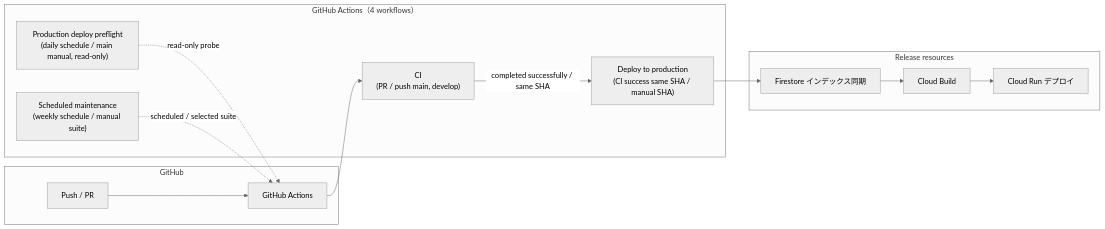
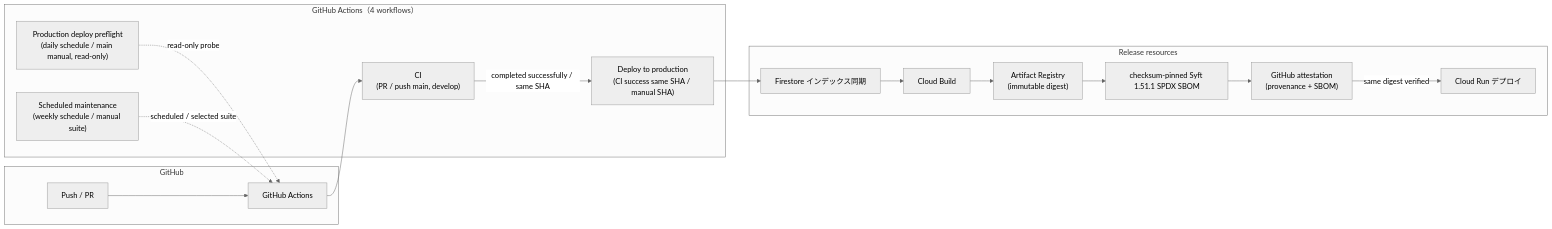
Before and after one commit to stillshore-chirp/wordpack-for-english: the third of 6 diagrams in docs/infrastructure.md, drawn with Mermaid (neutral theme). The commit also changed other lines of this file and 15 other files, not shown here.

````diff
--- a/docs/infrastructure.md
+++ b/docs/infrastructure.md
@@ -122,28 +122,34 @@
 ```mermaid
 flowchart LR
     subgraph GitHub["GitHub"]
         Push["Push / PR"]
         Actions["GitHub Actions"]
     end
 
     subgraph Workflows["GitHub Actions（4 workflows）"]
         CI["CI<br/>(PR / push main, develop)"]
         ProductionDeploy["Deploy to production<br/>(CI success same SHA / manual SHA)"]
         DeployPreflight["Production deploy preflight<br/>(daily schedule / main manual, read-only)"]
         Maintenance["Scheduled maintenance<br/>(weekly schedule / manual suite)"]
     end
 
     subgraph CD["Release resources"]
         FirestoreIndex["Firestore インデックス同期"]
         CloudBuild["Cloud Build"]
+        Registry["Artifact Registry<br/>(immutable digest)"]
+        SBOM["checksum-pinned Syft 1.51.1 SPDX SBOM"]
+        Attestation["GitHub attestation<br/>(provenance + SBOM)"]
         CloudRun["Cloud Run デプロイ"]
     end
 
     Push --> Actions --> CI
     CI -->|completed successfully / same SHA| ProductionDeploy
     DeployPreflight -.->|read-only probe| Actions
     Maintenance -.->|scheduled / selected suite| Actions
     ProductionDeploy --> FirestoreIndex
     FirestoreIndex --> CloudBuild
-    CloudBuild --> CloudRun
+    CloudBuild --> Registry
+    Registry --> SBOM
+    SBOM --> Attestation
+    Attestation -->|same digest verified| CloudRun
 ```
````
